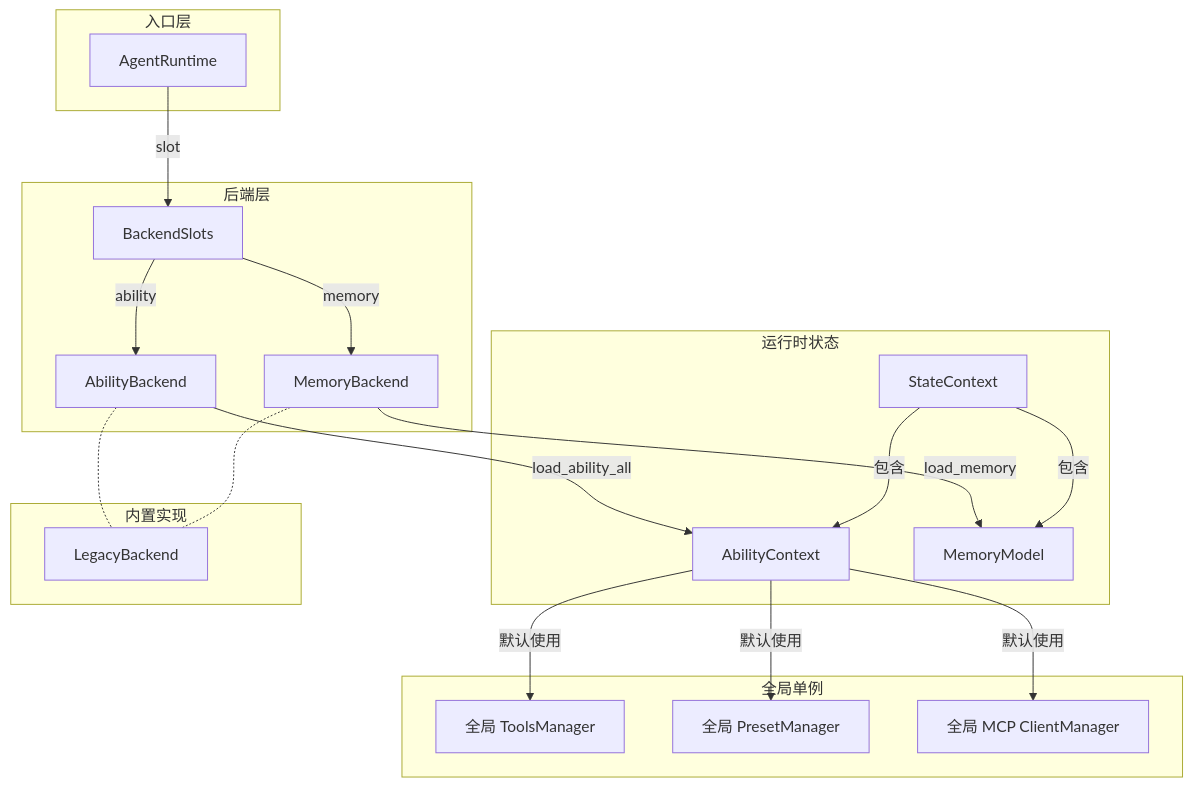
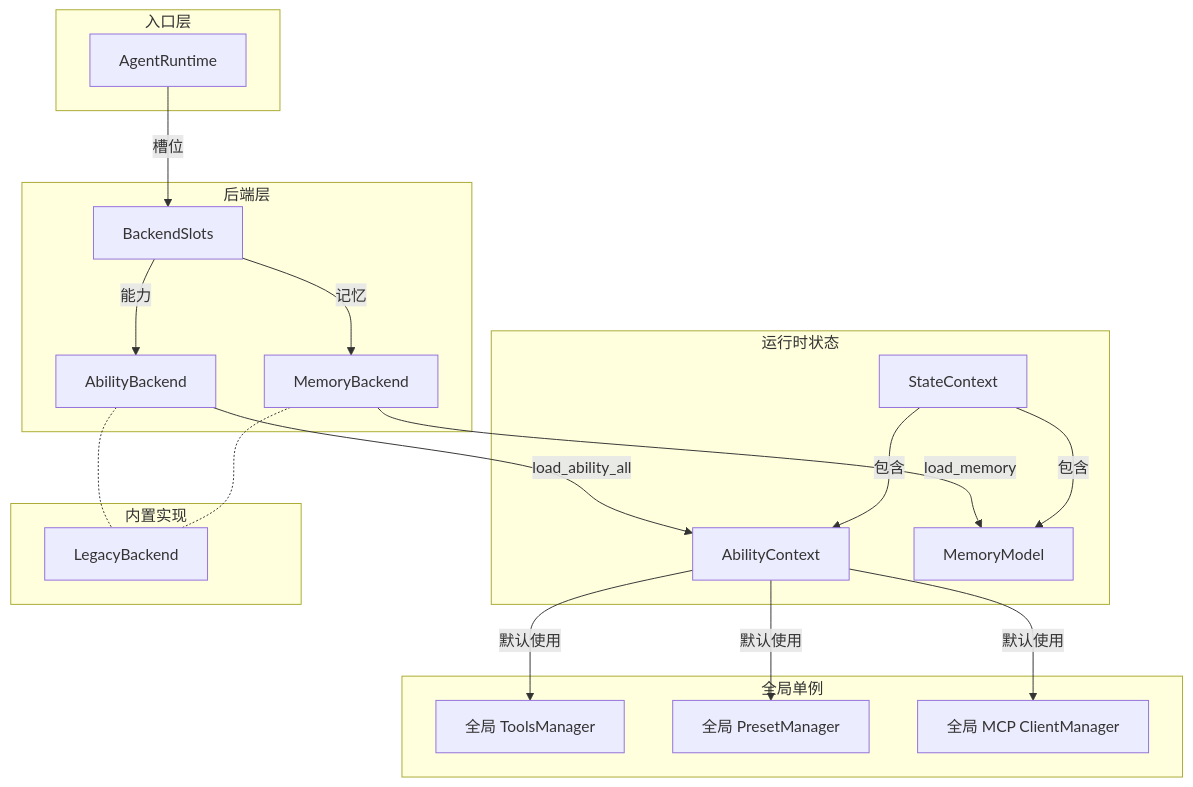
One commit to AmritaBot/AmritaCore changed the second of 5 diagrams in docs/docs/zh/guide/getting-started/architecture.md. Above: the diagram before and after it, drawn with Mermaid. The commit also changed other lines of this file and 160 other files, not shown here.

````diff
--- a/docs/docs/zh/guide/getting-started/architecture.md
+++ b/docs/docs/zh/guide/getting-started/architecture.md
@@ -69,42 +69,42 @@
 ```mermaid
 graph TB
     subgraph "入口层"
         AR[AgentRuntime]
     end
 
     subgraph "后端层"
         BS[BackendSlots]
         AB[AbilityBackend]
         MB[MemoryBackend]
     end
 
     subgraph "运行时状态"
         SC[StateContext]
         AC[AbilityContext]
         MM[MemoryModel]
     end
 
     subgraph "全局单例"
         G_Tools[全局 ToolsManager]
         G_Presets[全局 PresetManager]
         G_MCP[全局 MCP ClientManager]
     end
 
-    AR -->|slot| BS
-    BS -->|ability| AB
-    BS -->|memory| MB
+    AR -->|槽位| BS
+    BS -->|能力| AB
+    BS -->|记忆| MB
     AB -->|load_ability_all| AC
     MB -->|load_memory| MM
     SC -->|包含| AC
     SC -->|包含| MM
     AC -->|默认使用| G_Tools
     AC -->|默认使用| G_Presets
     AC -->|默认使用| G_MCP
 
     subgraph "内置实现"
         LB[LegacyBackend]
     end
 
     AB -.- LB
     MB -.- LB
 ```
````
